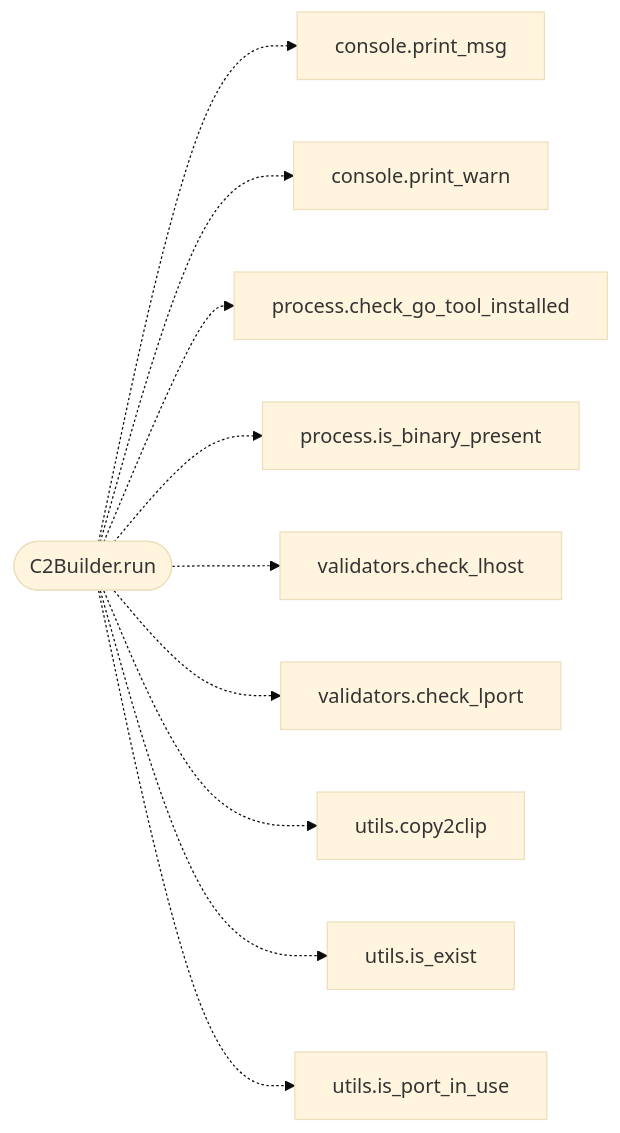
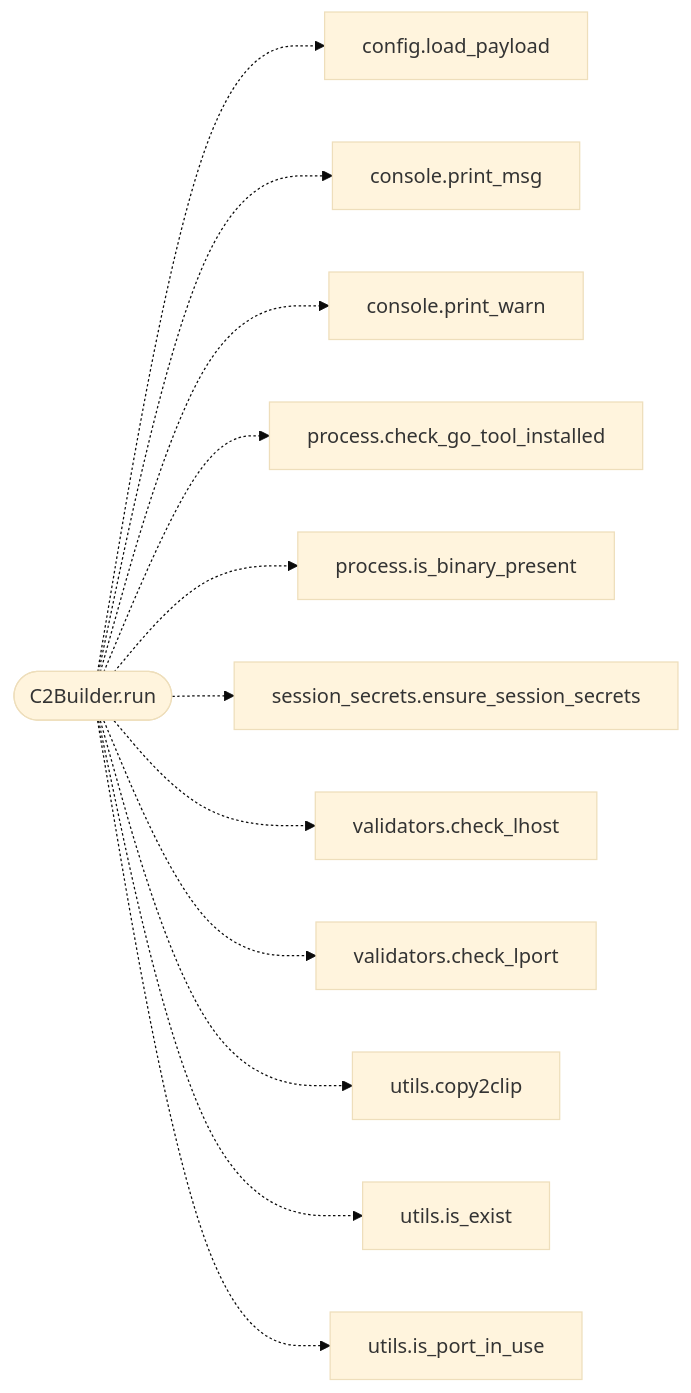
Before and after one commit to grisuno/LazyOwn: the second of 2 diagrams in readmenator-apidocs/modules/modules.c2_builder.py.md, drawn with Mermaid (base theme). The commit also changed other lines of this file and 203 other files, not shown here.

First line of the commit message:
feat(audit): wave 2 - rotative session secrets, sleep obfuscation, configurable persistence, utls JA3

````diff
--- a/readmenator-apidocs/modules/modules.c2_builder.py.md
+++ b/readmenator-apidocs/modules/modules.c2_builder.py.md
@@ -39,22 +39,26 @@
 ```mermaid
 flowchart LR
     n_modules_c2_builder_py__C2Builder_run(["C2Builder.run"])
+    n_core_config_py__load_payload["config.load_payload"]
     n_core_console_py__print_msg["console.print_msg"]
     n_core_console_py__print_warn["console.print_warn"]
     n_core_process_py__check_go_tool_installed["process.check_go_tool_installed"]
     n_core_process_py__is_binary_present["process.is_binary_present"]
+    n_core_session_secrets_py__ensure_session_secrets["session_secrets.ensure_session_secrets"]
     n_core_validators_py__check_lhost["validators.check_lhost"]
     n_core_validators_py__check_lport["validators.check_lport"]
     n_utils_py__copy2clip["utils.copy2clip"]
     n_utils_py__is_exist["utils.is_exist"]
     n_utils_py__is_port_in_use["utils.is_port_in_use"]
+    n_modules_c2_builder_py__C2Builder_run -.-> n_core_config_py__load_payload
     n_modules_c2_builder_py__C2Builder_run -.-> n_core_console_py__print_msg
     n_modules_c2_builder_py__C2Builder_run -.-> n_core_console_py__print_warn
     n_modules_c2_builder_py__C2Builder_run -.-> n_core_process_py__check_go_tool_installed
     n_modules_c2_builder_py__C2Builder_run -.-> n_core_process_py__is_binary_present
+    n_modules_c2_builder_py__C2Builder_run -.-> n_core_session_secrets_py__ensure_session_secrets
     n_modules_c2_builder_py__C2Builder_run -.-> n_core_validators_py__check_lhost
     n_modules_c2_builder_py__C2Builder_run -.-> n_core_validators_py__check_lport
     n_modules_c2_builder_py__C2Builder_run -.-> n_utils_py__copy2clip
     n_modules_c2_builder_py__C2Builder_run -.-> n_utils_py__is_exist
     n_modules_c2_builder_py__C2Builder_run -.-> n_utils_py__is_port_in_use
 ```
````
